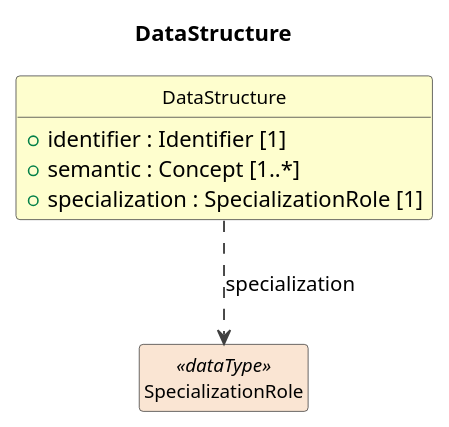
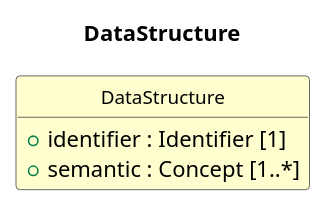
One commit to Cross-Domain-Interoperability-Framework/metadataBuildingBlocks changed the diagram in build/field-level-documentation/CDIFDataStructure/Classes/DataStructure.pu. Above: the diagram before and after it, drawn with PlantUML. The commit also changed 151 other files, not shown here.

```diff
--- a/build/field-level-documentation/CDIFDataStructure/Classes/DataStructure.pu
+++ b/build/field-level-documentation/CDIFDataStructure/Classes/DataStructure.pu
@@ -1,21 +1,18 @@
 @startuml
 title DataStructure
 hide circle
 hide empty members
 skinparam shadowing false
 skinparam ArrowThickness 1.2
 skinparam class {
   ArrowColor #404040
   BorderColor #404040
   FontSize 12
 }
 
 class "DataStructure" as DataStructure #FEFECE {
   +identifier : Identifier [1]
   +semantic : Concept [1..*]
-  +specialization : SpecializationRole [1]
 }
-class "SpecializationRole" as SpecializationRole <<dataType>> #FAE5D3
-DataStructure ..> SpecializationRole : specialization
 
 @enduml
```
